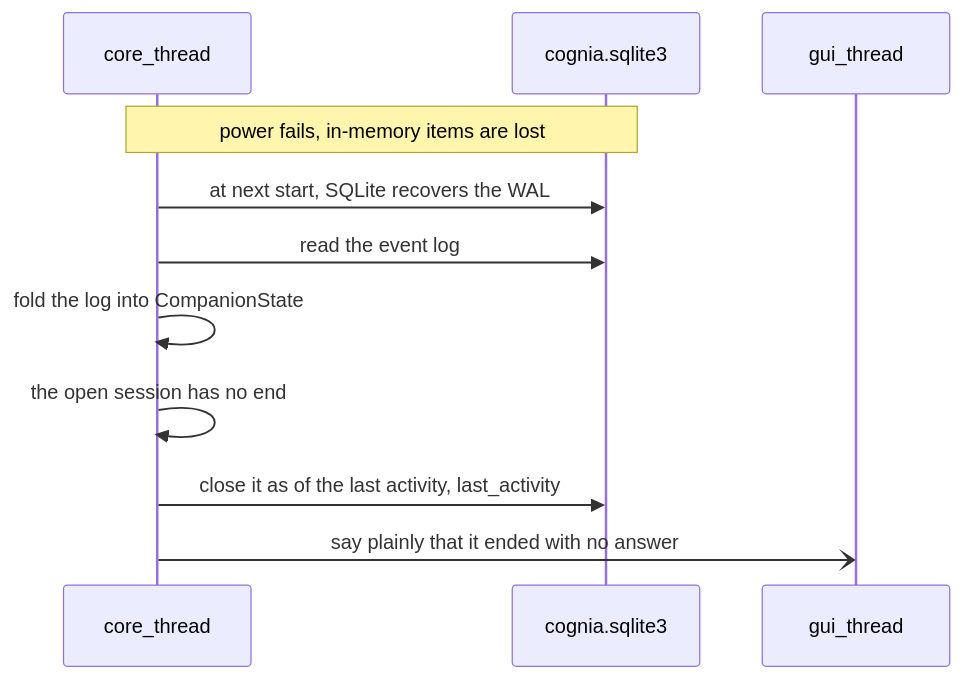
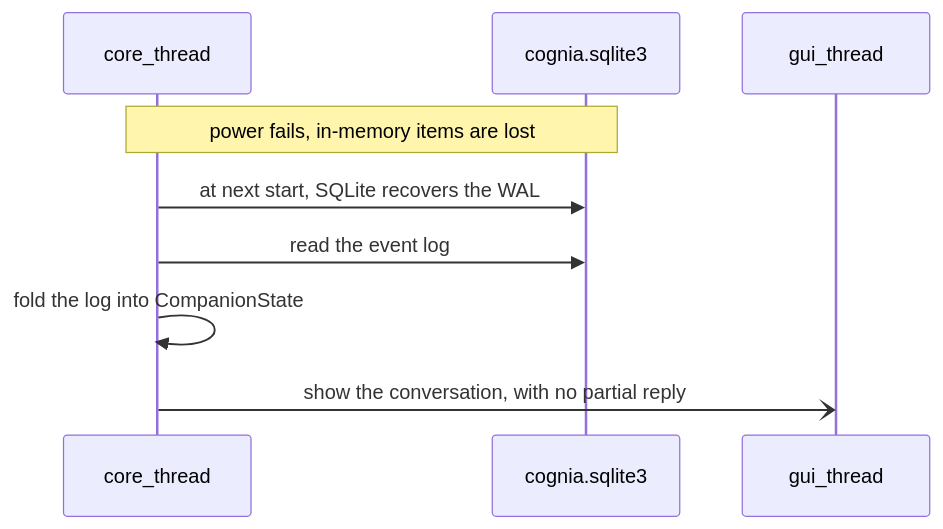
Before and after one commit to NguyenVu04/cognia: diagram 43 of 48 in docs/architecture/ARCHITECTURE.md, drawn with Mermaid. The commit also changed other lines of this file and 83 other files, not shown here.

````diff
--- a/docs/architecture/ARCHITECTURE.md
+++ b/docs/architecture/ARCHITECTURE.md
@@ -2558,14 +2690,12 @@
 ```mermaid
 sequenceDiagram
     participant core as core_thread
     participant db as cognia.sqlite3
     participant gui as gui_thread
 
     Note over core,db: power fails, in-memory items are lost
     core->>db: at next start, SQLite recovers the WAL
     core->>db: read the event log
     core->>core: fold the log into CompanionState
-    core->>core: the open session has no end
-    core->>db: close it as of the last activity, last_activity
-    core-)gui: say plainly that it ended with no answer
+    core-)gui: show the conversation, with no partial reply
 ```
````
